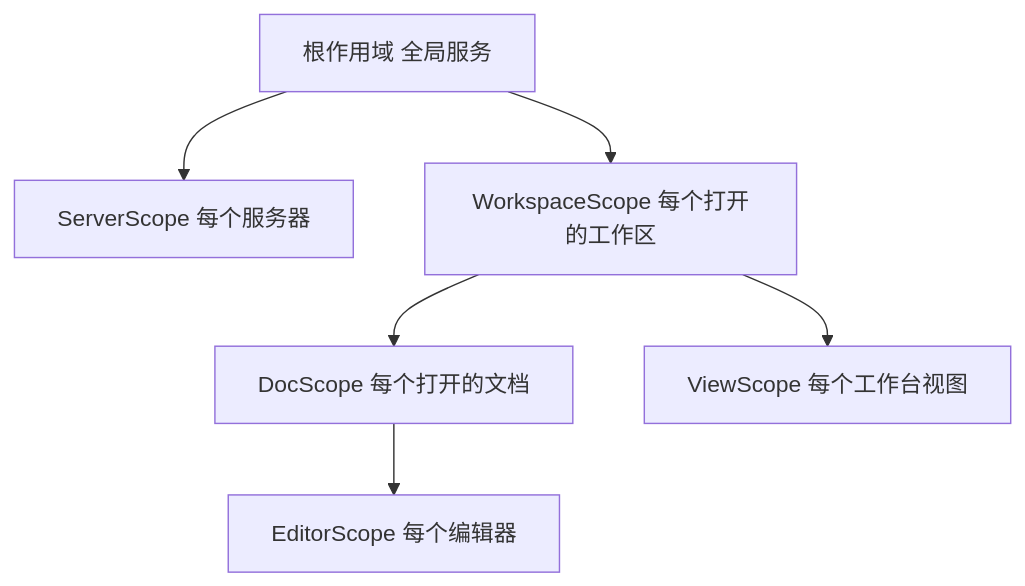
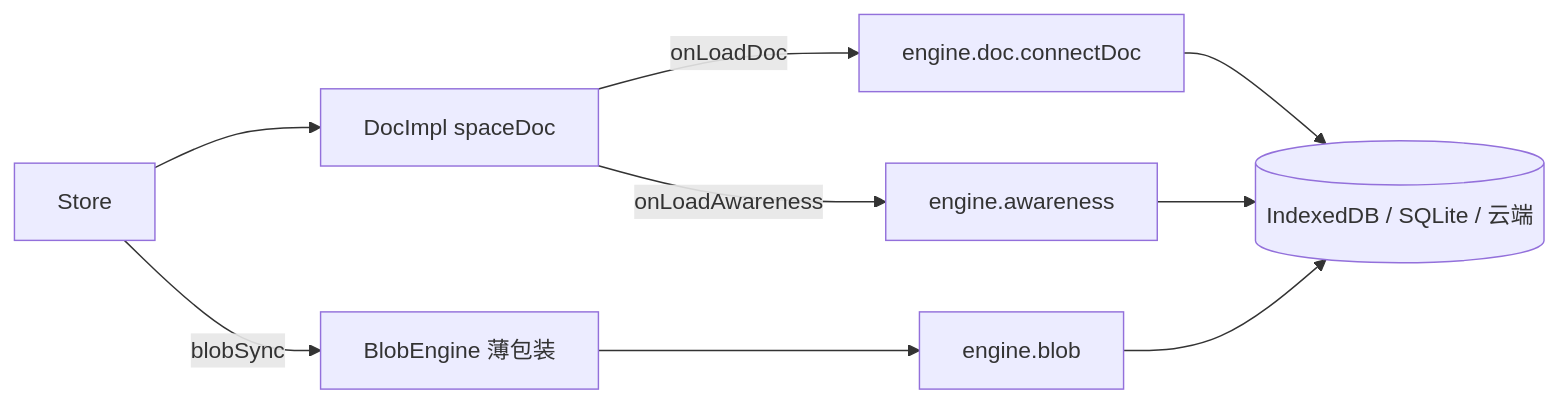
Before and after one commit to lfire/AFFiNE: the seventh of 7 diagrams in learning-guide/slides/decks/16.md, drawn with Mermaid. The commit also changed other lines of this file and 73 other files, not shown here.

````diff
--- a/learning-guide/slides/decks/16.md
+++ b/learning-guide/slides/decks/16.md
@@ -253,8 +538,11 @@
 ```mermaid
-flowchart TB
-  Root["根作用域 全局服务"] --> Server["ServerScope 每个服务器"]
-  Root --> WS["WorkspaceScope 每个打开的工作区"]
-  WS --> Doc["DocScope 每个打开的文档"]
-  Doc --> Editor["EditorScope 每个编辑器"]
-  WS --> View["ViewScope 每个工作台视图"]
+flowchart LR
+  S["Store"] --> D["DocImpl spaceDoc"]
+  S -->|blobSync| BE["BlobEngine 薄包装"]
+  D -->|onLoadDoc| H1["engine.doc.connectDoc"]
+  D -->|onLoadAwareness| H2["engine.awareness"]
+  BE --> H3["engine.blob"]
+  H1 --> N[("IndexedDB / SQLite / 云端")]
+  H2 --> N
+  H3 --> N
 ```
````
